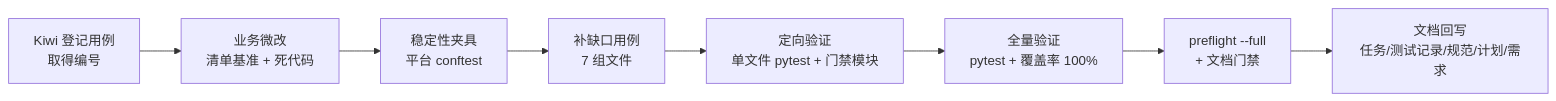
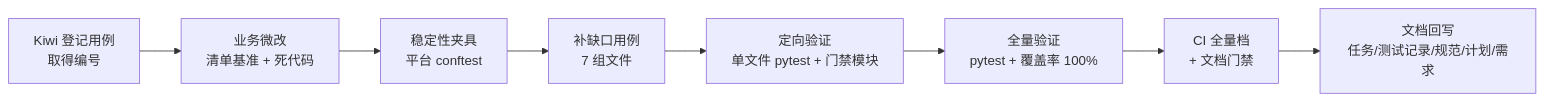
The diagram in bms文档/项目/01_项目骨架/任务/04_CI与阶段验收/04_CI与阶段验收_05_覆盖率缺口与测试稳定性收口/设计/01_详细设计_05_覆盖率缺口与测试稳定性收口.md (minjian123/basic-management-system), drawn with Mermaid before and after one commit. The commit also changed other lines of this file and 121 other files, not shown here.

````diff
--- a/bms文档/项目/01_项目骨架/任务/04_CI与阶段验收/04_CI与阶段验收_05_覆盖率缺口与测试稳定性收口/设计/01_详细设计_05_覆盖率缺口与测试稳定性收口.md
+++ b/bms文档/项目/01_项目骨架/任务/04_CI与阶段验收/04_CI与阶段验收_05_覆盖率缺口与测试稳定性收口/设计/01_详细设计_05_覆盖率缺口与测试稳定性收口.md
@@ -243,10 +243,10 @@
 ```mermaid
 flowchart LR
     A["Kiwi 登记用例<br/>取得编号"] --> B["业务微改<br/>清单基准 + 死代码"]
     B --> C["稳定性夹具<br/>平台 conftest"]
     C --> D["补缺口用例<br/>7 组文件"]
     D --> E["定向验证<br/>单文件 pytest + 门禁模块"]
     E --> F["全量验证<br/>pytest + 覆盖率 100%"]
-    F --> G["preflight --full<br/>+ 文档门禁"]
+    F --> G["CI 全量档<br/>+ 文档门禁"]
     G --> H["文档回写<br/>任务/测试记录/规范/计划/需求"]
 ```
````
